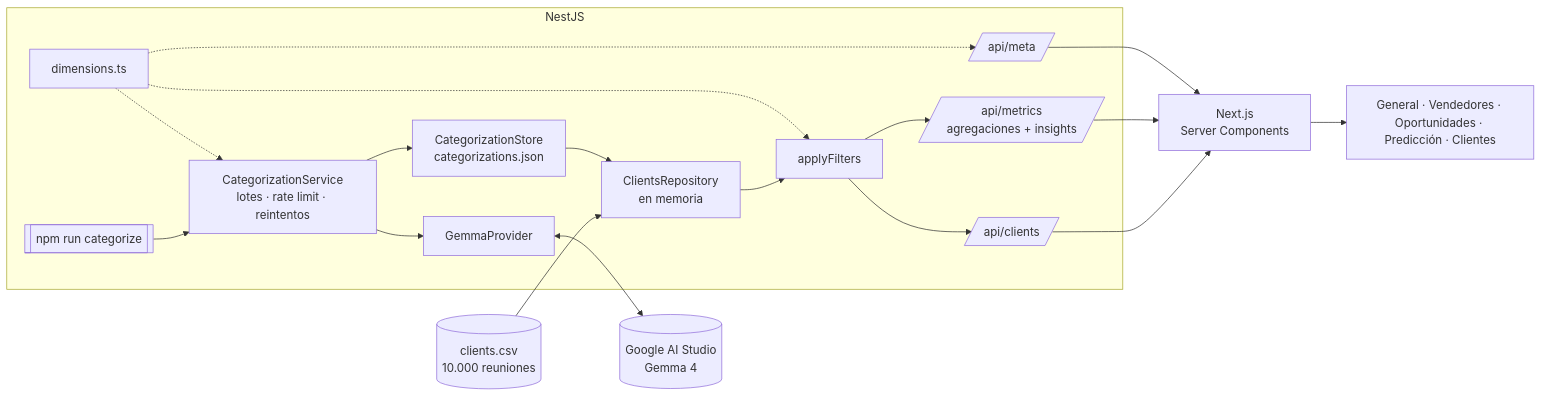
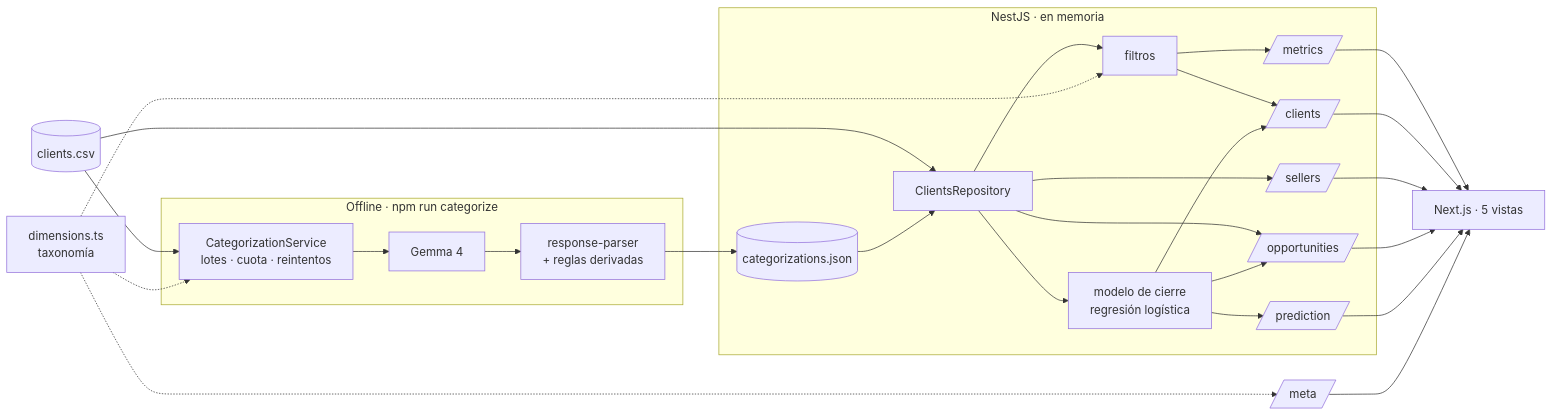
Before and after one commit to Witomi/vambe-homework: the diagram in docs/ARCHITECTURE.md, drawn with Mermaid. The commit also changed other lines of this file and 1 other file, not shown here.

First line of the commit message:
Reescribe ARCHITECTURE: más corto, con todas las decisiones clave

````diff
--- a/docs/ARCHITECTURE.md
+++ b/docs/ARCHITECTURE.md
@@ -5,19 +5,20 @@
 ```mermaid
 flowchart LR
-  CSV[(clients.csv<br/>10.000 reuniones)] --> Repo
-  subgraph Backend [NestJS]
-    Repo[ClientsRepository<br/>en memoria]
-    Store[CategorizationStore<br/>categorizations.json]
-    CLI[[npm run categorize]] --> Svc[CategorizationService<br/>lotes · rate limit · reintentos]
-    Svc --> LLM[GemmaProvider]
-    Svc --> Store
-    Store --> Repo
-    Repo --> Filters[applyFilters]
-    Filters --> Clients[/api/clients/]
-    Filters --> Metrics[/api/metrics<br/>agregaciones + insights/]
-    Tax[dimensions.ts] -.-> Svc & Filters & Meta[/api/meta/]
+  CSV[(clients.csv)] --> Repo
+  subgraph Offline [Offline · npm run categorize]
+    CLI[CategorizationService<br/>lotes · cuota · reintentos] --> LLM[Gemma 4]
+    LLM --> Parser[response-parser<br/>+ reglas derivadas]
   end
-  LLM <--> Google[(Google AI Studio<br/>Gemma 4)]
-  Clients & Metrics & Meta --> Next[Next.js<br/>Server Components]
-  Next --> UI[General · Vendedores · Oportunidades · Predicción · Clientes]
+  CSV --> CLI
+  Parser --> JSON[(categorizations.json)]
+  subgraph API [NestJS · en memoria]
+    JSON --> Repo[ClientsRepository]
+    Repo --> Filters[filtros]
+    Repo --> Model[modelo de cierre<br/>regresión logística]
+    Filters --> Metrics[/metrics/] & Clients[/clients/]
+    Repo --> Sellers[/sellers/] & Opps[/opportunities/]
+    Model --> Opps & Pred[/prediction/] & Clients
+  end
+  Tax[dimensions.ts<br/>taxonomía] -.-> CLI & Filters & Meta[/meta/]
+  Metrics & Clients & Sellers & Opps & Pred & Meta --> Next[Next.js · 5 vistas]
 ```
````
